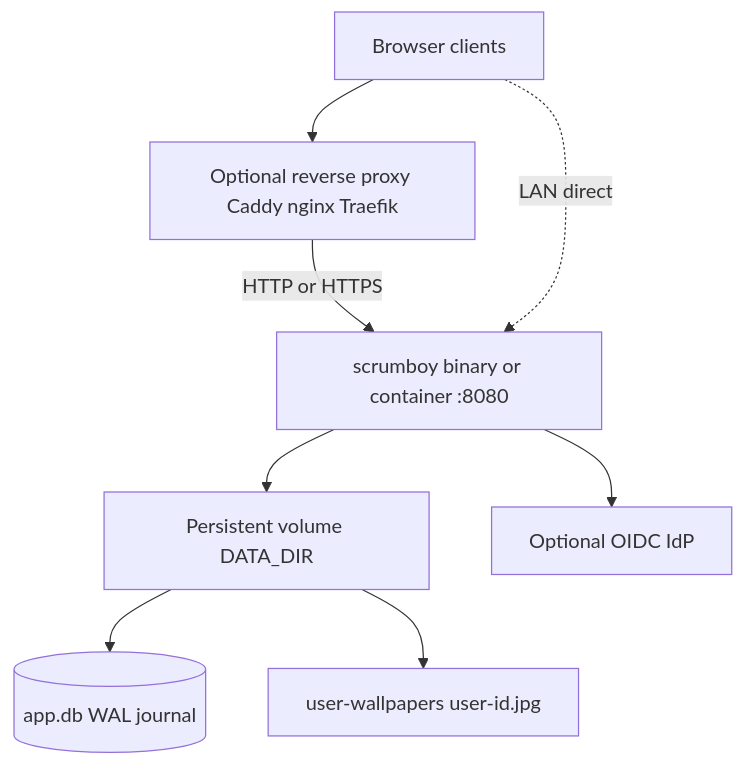
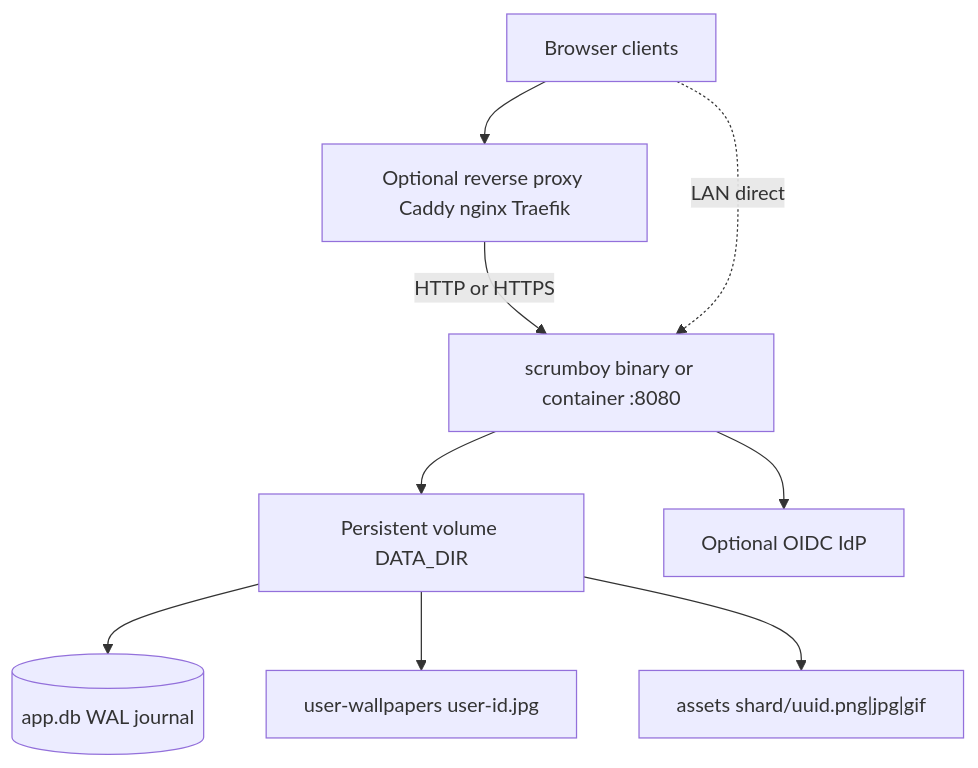
The first of 3 diagrams in docs/diagrams/scrumboy_deployment_ops.md (markrai/scrumboy), drawn with Mermaid before and after one commit. The commit also changed other lines of this file and 173 other files, not shown here.

````diff
--- a/docs/diagrams/scrumboy_deployment_ops.md
+++ b/docs/diagrams/scrumboy_deployment_ops.md
@@ -7,18 +7,20 @@
 ```mermaid
 flowchart TB
   User[Browser clients]
   Proxy[Optional reverse proxy Caddy nginx Traefik]
   App[scrumboy binary or container :8080]
   Vol["Persistent volume DATA_DIR"]
   DB[(app.db WAL journal)]
   Wallpapers["user-wallpapers user-id.jpg"]
+  Assets["assets shard/uuid.png|jpg|gif"]
   IdP[Optional OIDC IdP]
 
   User --> Proxy
   Proxy -->|HTTP or HTTPS| App
   User -.->|LAN direct| App
   App --> Vol
   Vol --> DB
   Vol --> Wallpapers
+  Vol --> Assets
   App --> IdP
 ```
````
